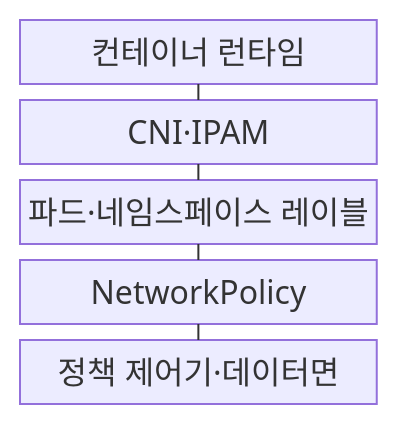
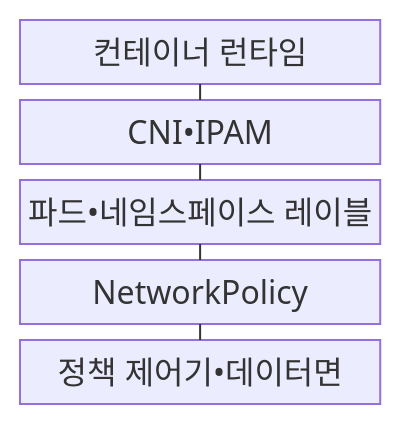
The first of 2 diagrams in src/content/docs/notes/03-software/156_kubernetes_networkpolicy_cni.md (agnusdei1207/knowledge-base), drawn with Mermaid before and after one commit. The commit also changed other lines of this file and 953 other files, not shown here.

````diff
--- a/src/content/docs/notes/03-software/156_kubernetes_networkpolicy_cni.md
+++ b/src/content/docs/notes/03-software/156_kubernetes_networkpolicy_cni.md
@@ -66,13 +66,13 @@
 ```mermaid
 block
     columns 1
     A["컨테이너 런타임"]
-    B["CNI·IPAM"]
-    C["파드·네임스페이스 레이블"]
+    B["CNI•IPAM"]
+    C["파드•네임스페이스 레이블"]
     D["NetworkPolicy"]
-    E["정책 제어기·데이터면"]
+    E["정책 제어기•데이터면"]
     A --- B
     B --- C
     C --- D
     D --- E
 ```
````
